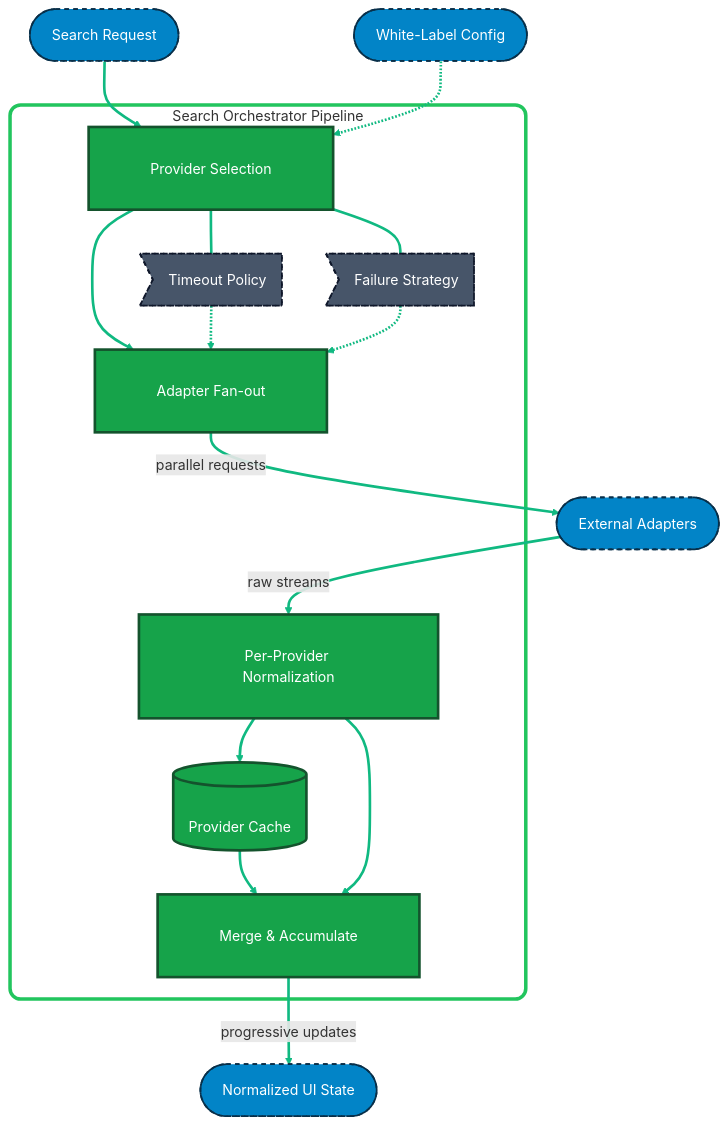
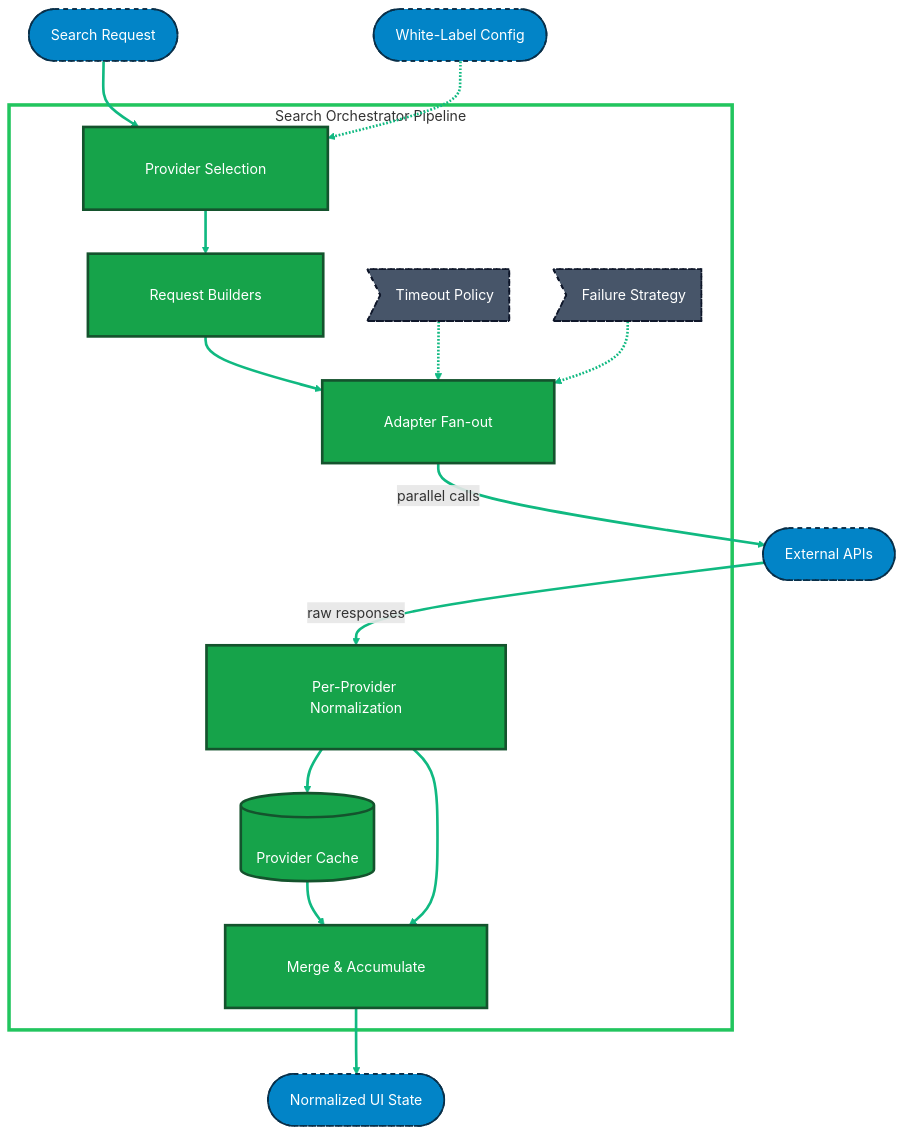
Before and after one commit to elina-web-magic/petstok: the diagram in docs/white-label/SEARCH_ORCHESTRATOR_ARCHITECTURE.md, drawn with Mermaid. The commit also changed other lines of this file and 12 other files, not shown here.

````diff
--- a/docs/white-label/SEARCH_ORCHESTRATOR_ARCHITECTURE.md
+++ b/docs/white-label/SEARCH_ORCHESTRATOR_ARCHITECTURE.md
@@ -65,63 +101,62 @@
 ```mermaid
 %%{init: {"flowchart": {"padding": 35}}}%%
 flowchart TB
-    %% External Dependencies
+    %% External
     INPUT([Search Request])
     CONFIG([White-Label Config])
     OUTPUT([Normalized UI State])
-    ADAPTERS([External Adapters])
+    ADAPTERS([External APIs])
 
     subgraph Orchestrator [Search Orchestrator Pipeline]
+
         SELECT[Provider Selection]
+
+        BUILD[Request Builders]
+        
         EXEC[Adapter Fan-out]
-        
+
         %% Policies
         TIMEOUT>Timeout Policy]
         FAILURE>Failure Strategy]
-        
-        %% Force Policies and EXEC to sit below SELECT
-        SELECT ~~~ TIMEOUT
-        SELECT ~~~ FAILURE
-        
+
         NORMALIZE[Per-Provider Normalization]
         CACHE[(Provider Cache)]
         MERGE[Merge & Accumulate]
     end
 
-    %% Flow: Inputs to Pipeline
+    %% Input flow
     INPUT --> SELECT
     CONFIG -.-> SELECT
 
-    SELECT --> EXEC
+    SELECT --> BUILD
+    BUILD --> EXEC
 
-    %% External API Trip (drawn carefully to avoid subgraph overlap)
-    EXEC -->|parallel requests| ADAPTERS
-    ADAPTERS -->|raw streams| NORMALIZE
+    %% API interaction
+    EXEC -->|parallel calls| ADAPTERS
+    ADAPTERS -->|raw responses| NORMALIZE
 
-    %% Policy connections
+    %% Policies
     TIMEOUT -.-> EXEC
     FAILURE -.-> EXEC
 
-    %% Pipeline Internal Flow
+    %% Internal pipeline
     NORMALIZE --> CACHE
     CACHE --> MERGE
     NORMALIZE --> MERGE
-    
+
     %% Output
-    MERGE -->|progressive updates| OUTPUT
+    MERGE --> OUTPUT
 
-    %% Line styling to ensure visibility on both Dark/Light modes
+    %% Styles
     linkStyle default stroke:#10b981,stroke-width:3px;
 
-    %% Subgraph styling (Transparent background with strict border = perfect Dark Mode compatibility)
-    style Orchestrator fill:transparent,stroke:#22c55e,stroke-width:4px,rx:12,ry:12
+    style Orchestrator fill:transparent,stroke:#22c55e,stroke-width:4px
 
-    %% Node styling (Solid backgrounds with white text for maximum contrast anywhere)
-    classDef internal fill:#16a34a,stroke:#14532d,stroke-width:3px,color:#ffffff;
-    classDef policy fill:#475569,stroke:#0f172a,stroke-width:2px,stroke-dasharray:5 5,color:#ffffff;
-    classDef external fill:#0284c7,stroke:#082f49,stroke-width:2px,stroke-dasharray:5 5,color:#ffffff;
+    classDef internal fill:#16a34a,stroke:#14532d,stroke-width:3px,color:#fff;
+    classDef policy fill:#475569,stroke:#0f172a,stroke-width:2px,stroke-dasharray:5 5,color:#fff;
+    classDef external fill:#0284c7,stroke:#082f49,stroke-width:2px,stroke-dasharray:5 5,color:#fff;
 
-    class SELECT,EXEC,NORMALIZE,CACHE,MERGE internal;
+    class SELECT,BUILD,EXEC,NORMALIZE,CACHE,MERGE internal;
     class TIMEOUT,FAILURE policy;
     class INPUT,CONFIG,ADAPTERS,OUTPUT external;
 ```
````
